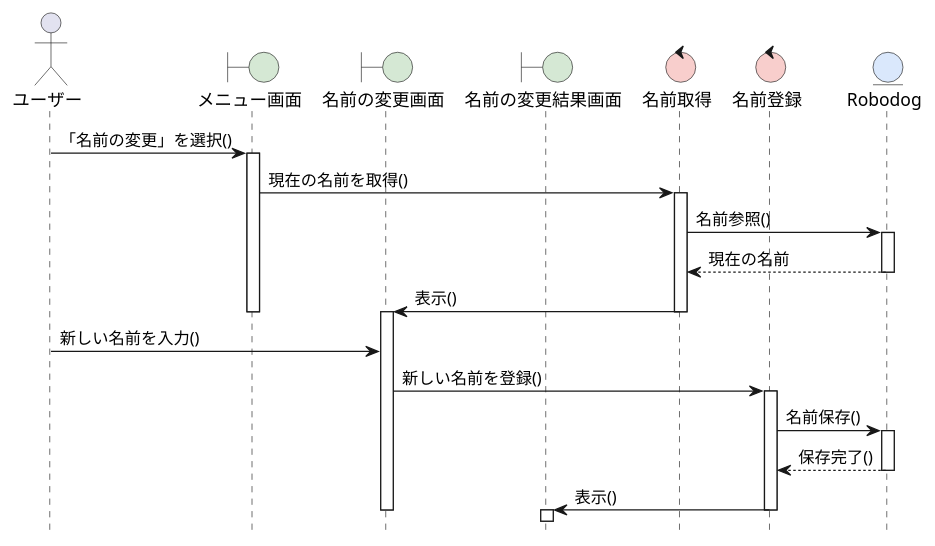
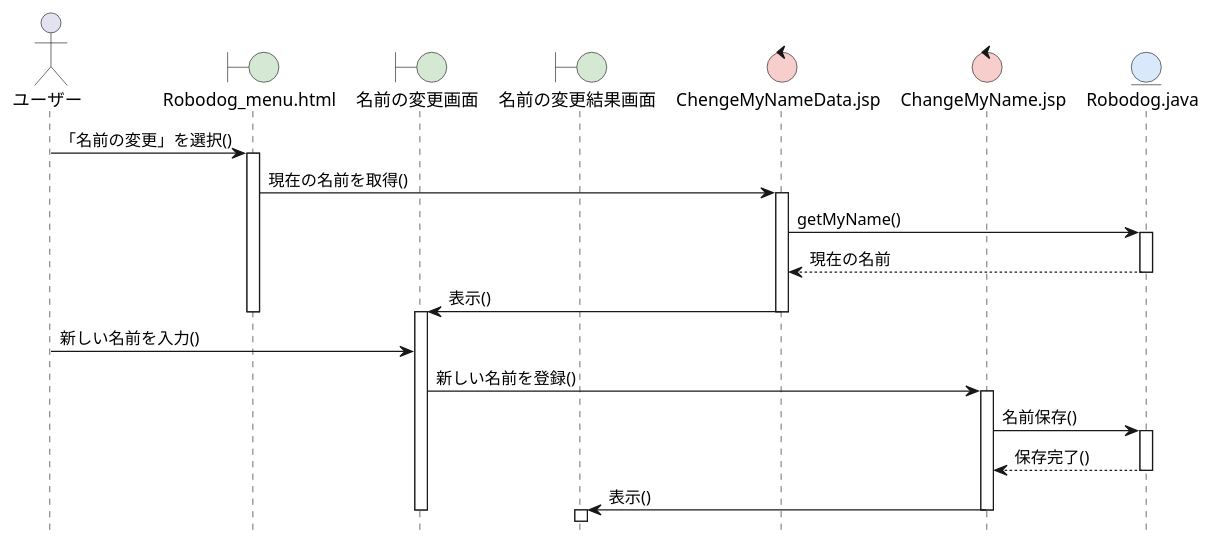
Before and after one commit to yama-0322/ohara_uml: the diagram in 06_robo_dog/sequence_01_change_name.pu, drawn with PlantUML. The commit also changed 2 other files, not shown here.

```diff
--- a/06_robo_dog/sequence_01_change_name.pu
+++ b/06_robo_dog/sequence_01_change_name.pu
@@ -1,43 +1,43 @@
 @startuml RoboDogシステム-名前変更シーケンス図
 hide footbox
 skinparam boundaryBackgroundColor #D5E8D4
 skinparam controlBackgroundColor  #F8CECC
 skinparam entityBackgroundColor   #DAE8FC
 
 actor ユーザー as A
-boundary メニュー画面 as B1
+boundary "Robodog_menu.html" as B1
 boundary 名前の変更画面 as B2
 boundary 名前の変更結果画面 as B3
-control 名前取得 as C1
-control 名前登録 as C2
-entity Robodog as E
+control "ChengeMyNameData.jsp" as C1
+control "ChangeMyName.jsp" as C2
+entity "Robodog.java" as E
 
 A -> B1: 「名前の変更」を選択()
 activate B1
 
 B1 -> C1: 現在の名前を取得()
 activate C1
-C1 -> E: 名前参照()
+C1 -> E: getMyName()
 activate E
 E --> C1: 現在の名前
 deactivate E
 C1 -> B2: 表示()
 deactivate C1
 deactivate B1
 activate B2
 
 A -> B2: 新しい名前を入力()
 
 B2 -> C2: 新しい名前を登録()
 activate C2
 C2 -> E: 名前保存()
 activate E
 E --> C2: 保存完了()
 deactivate E
 
 C2 -> B3: 表示()
 deactivate C2
 deactivate B2
 activate B3
 
 @enduml
```
